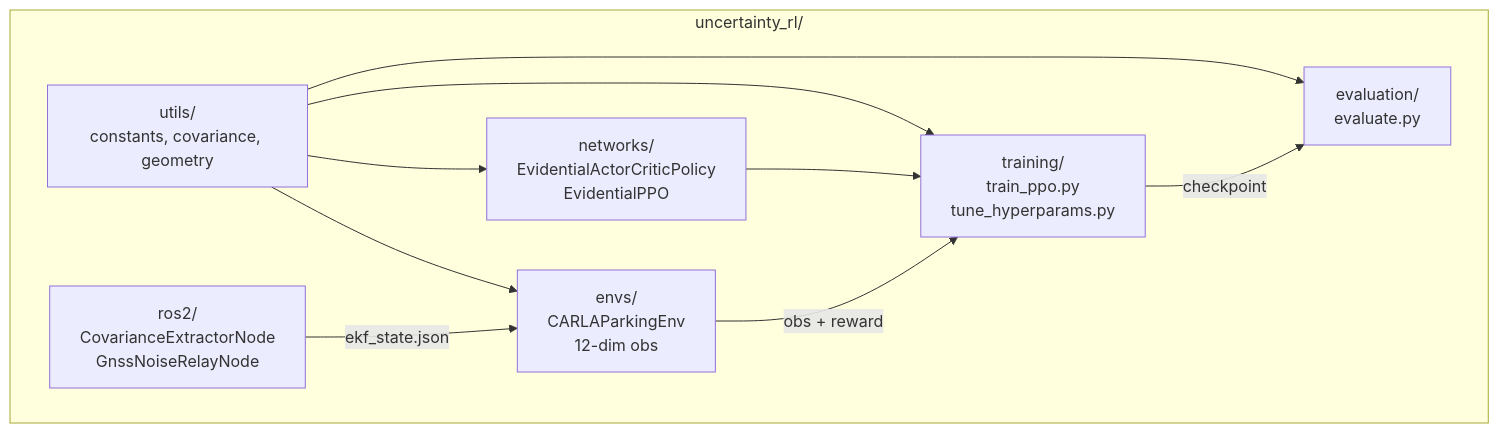
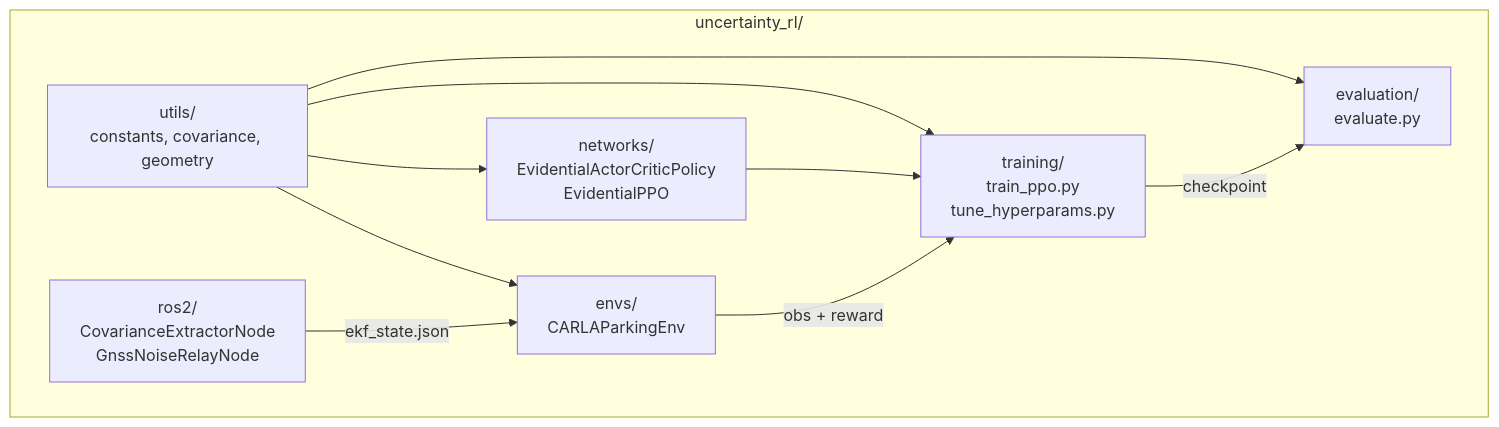
One commit to Expo39/Uncertainty-Conditioned-RL-with-Evidential-Policy-Networks-for-Autonomous-Systems changed the diagram in uncertainty_rl/README.md. Above: the diagram before and after it, drawn with Mermaid. The commit also changed other lines of this file and 29 other files, not shown here.

````diff
--- a/uncertainty_rl/README.md
+++ b/uncertainty_rl/README.md
@@ -27,17 +27,17 @@
 ```mermaid
 flowchart TB
     subgraph pkg["uncertainty_rl/"]
         U["utils/\nconstants, covariance, geometry"]
         R["ros2/\nCovarianceExtractorNode\nGnssNoiseRelayNode"]
-        E["envs/\nCARLAParkingEnv\n12-dim obs"]
+        E["envs/\nCARLAParkingEnv"]
         N["networks/\nEvidentialActorCriticPolicy\nEvidentialPPO"]
         T["training/\ntrain_ppo.py\ntune_hyperparams.py"]
         V["evaluation/\nevaluate.py"]
     end
 
     R -->|ekf_state.json| E
     U --> E & N & T & V
     E -->|obs + reward| T
     N --> T
     T -->|checkpoint| V
 ```
````
